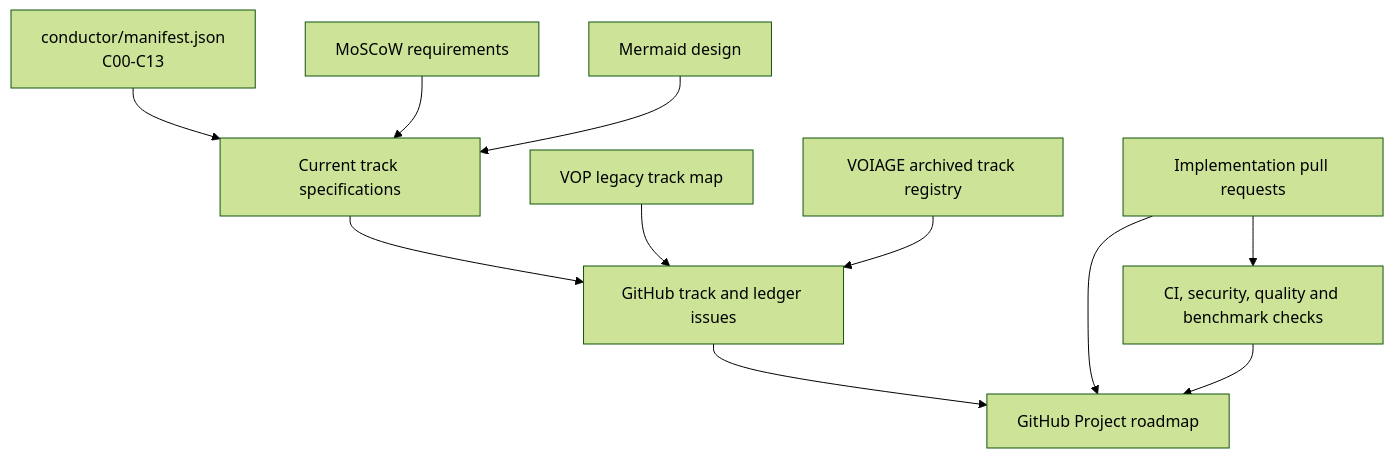
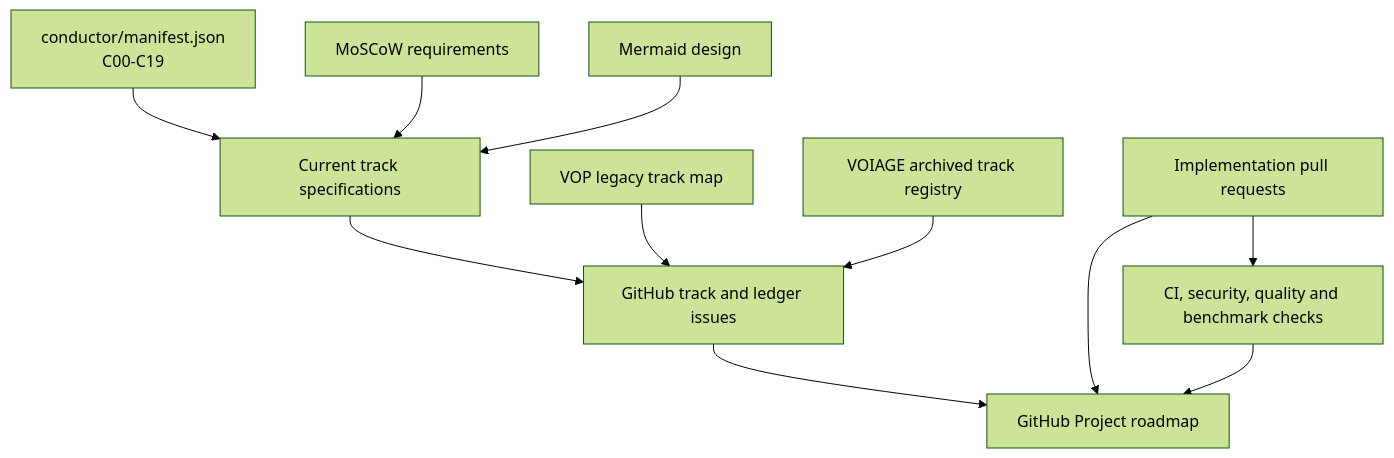
Before and after one commit to edithatogo/vop_poc_nz: the second of 14 diagrams in conductor/design.md, drawn with Mermaid (forest theme). The commit also changed other lines of this file and 20 other files, not shown here.

First line of the commit message:
Govern VOP assurance and maintenance roadmap as C17 (#63)

````diff
--- a/conductor/design.md
+++ b/conductor/design.md
@@ -36,24 +36,24 @@
 ```mermaid
 flowchart TD
-    Manifest[conductor/manifest.json\nC00-C13]
+    Manifest[conductor/manifest.json\nC00-C19]
     Tracks[Current track specifications]
     Legacy[VOP legacy track map]
     VoiageArchive[VOIAGE archived track registry]
     Requirements[MoSCoW requirements]
     Design[Mermaid design]
     Issues[GitHub track and ledger issues]
     Project[GitHub Project roadmap]
     PRs[Implementation pull requests]
     Checks[CI, security, quality and benchmark checks]
 
     Manifest --> Tracks
     Requirements --> Tracks
     Design --> Tracks
     Tracks --> Issues
     Legacy --> Issues
     VoiageArchive --> Issues
     Issues --> Project
     PRs --> Project
     PRs --> Checks
     Checks --> Project
 ```
````
